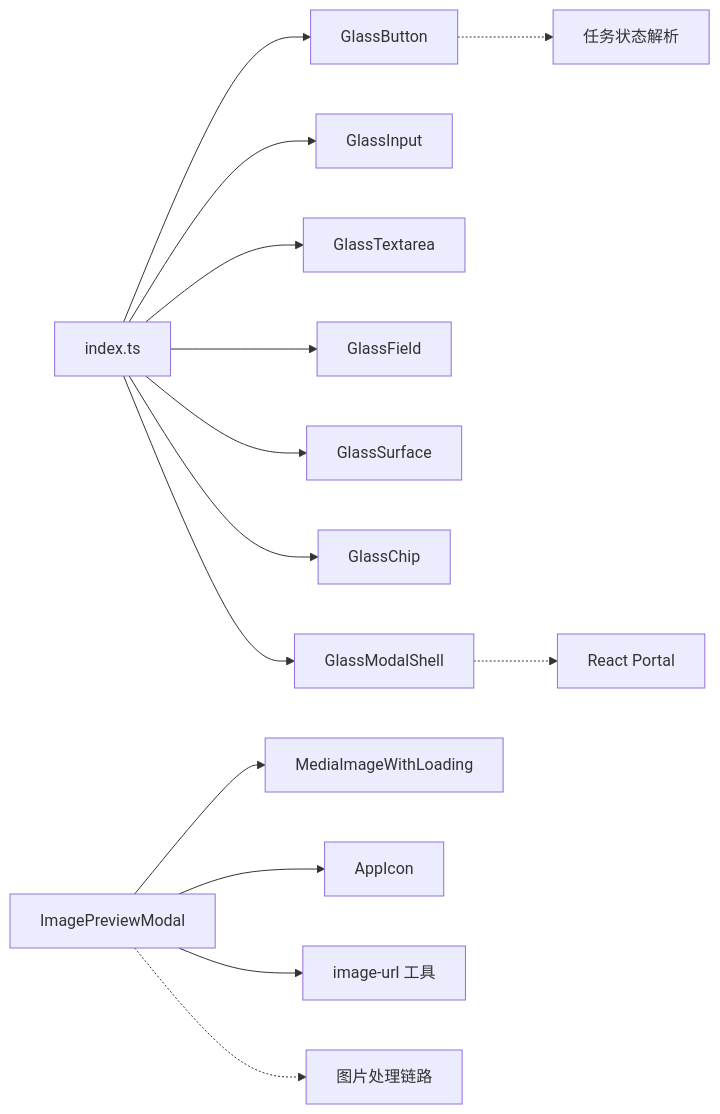
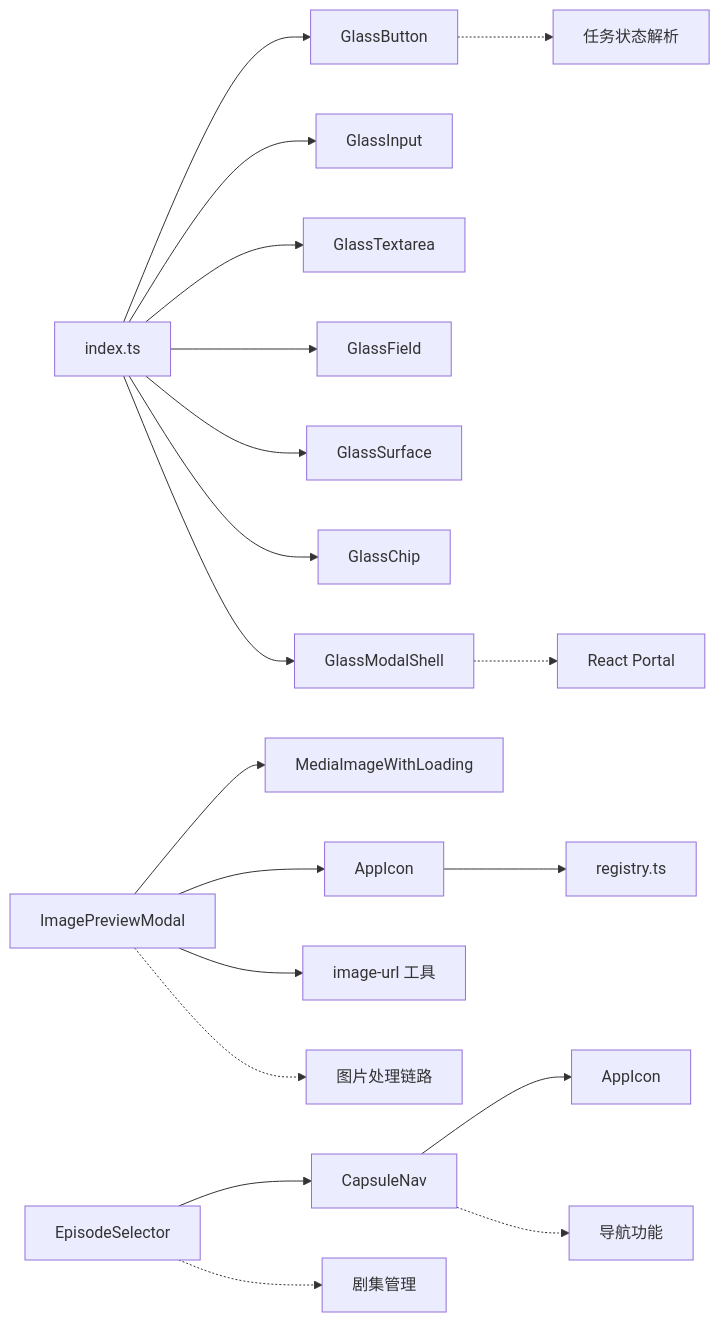
Diagram 13 of 13 in .qoder/repowiki/zh/content/前端组件架构/UI组件库/UI组件库.md (lyl2021/waoowaoo), drawn with Mermaid before and after one commit. The commit also changed other lines of this file and 15 other files, not shown here.

````diff
--- a/.qoder/repowiki/zh/content/前端组件架构/UI组件库/UI组件库.md
+++ b/.qoder/repowiki/zh/content/前端组件架构/UI组件库/UI组件库.md
@@ -353,16 +482,21 @@
 ```mermaid
 graph LR
 IDX["index.ts"] --> BTN["GlassButton"]
 IDX --> INP["GlassInput"]
 IDX --> TXT["GlassTextarea"]
 IDX --> FLD["GlassField"]
 IDX --> SUR["GlassSurface"]
 IDX --> CHIP["GlassChip"]
 IDX --> MOD["GlassModalShell"]
 IM["ImagePreviewModal"] --> MIM["MediaImageWithLoading"]
 IM --> APP["AppIcon"]
 IM --> IU["image-url 工具"]
+CN["CapsuleNav"] --> AI["AppIcon"]
+ES["EpisodeSelector"] --> CN
+APP --> REG["registry.ts"]
 BTN -.-> TSK["任务状态解析"]
 MOD -.-> DOM["React Portal"]
 IM -.-> IMG["图片处理链路"]
+CN -.-> NAV["导航功能"]
+ES -.-> EP["剧集管理"]
 ```
````
